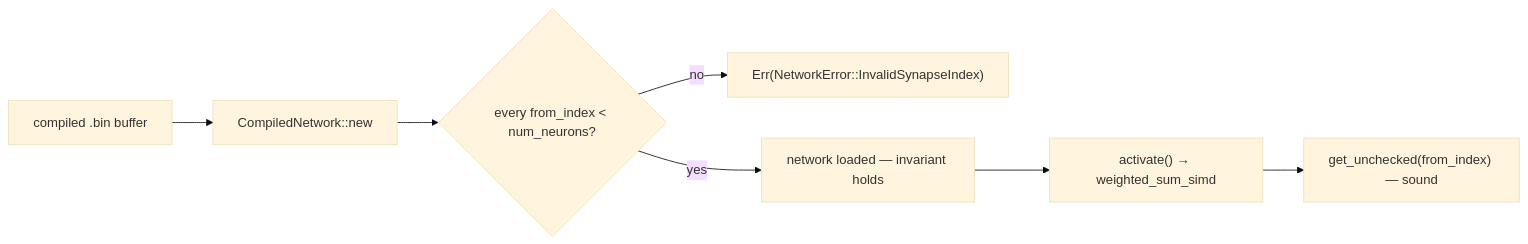
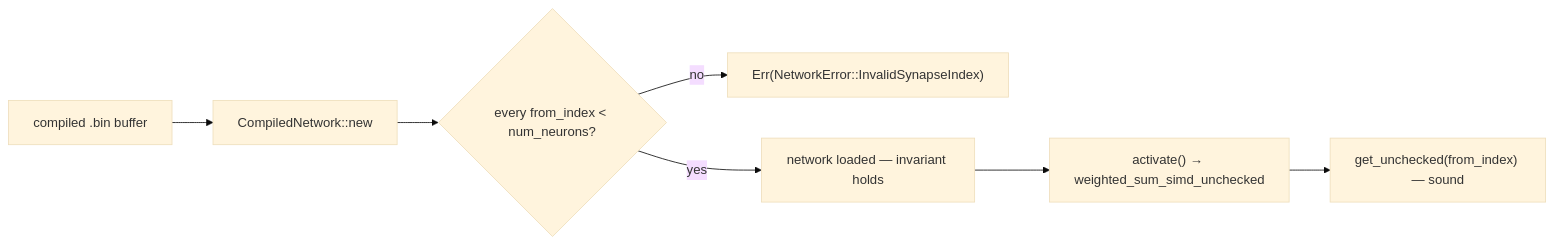
The third of 8 diagrams in AGENTS.md (stSoftwareAU/NEAT-AI-core), drawn with Mermaid (base theme) before and after one commit. The commit also changed other lines of this file and 18 other files, not shown here.

First line of the commit message:
Safe public SIMD kernels can read out of bounds — get_unchecked preconditions are caller-upheld across the crate boundary (Issue #613) (#626)

````diff
--- a/AGENTS.md
+++ b/AGENTS.md
@@ -274,9 +274,9 @@
 ```mermaid
 flowchart LR
     A[compiled .bin buffer] --> B["CompiledNetwork::new"]
     B --> C{"every from_index &lt; num_neurons?"}
     C -- no --> D["Err(NetworkError::InvalidSynapseIndex)"]
     C -- yes --> E["network loaded — invariant holds"]
-    E --> F["activate() → weighted_sum_simd"]
+    E --> F["activate() → weighted_sum_simd_unchecked"]
     F --> G["get_unchecked(from_index) — sound"]
 ```
````
